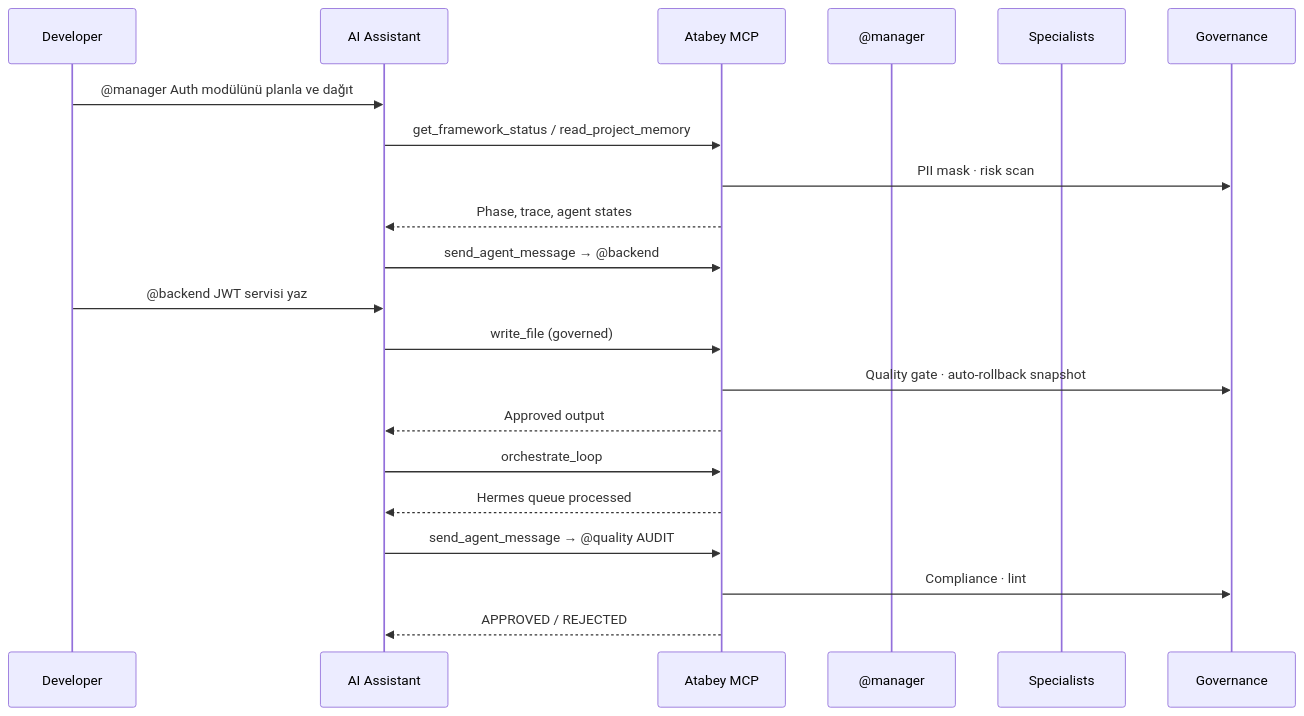
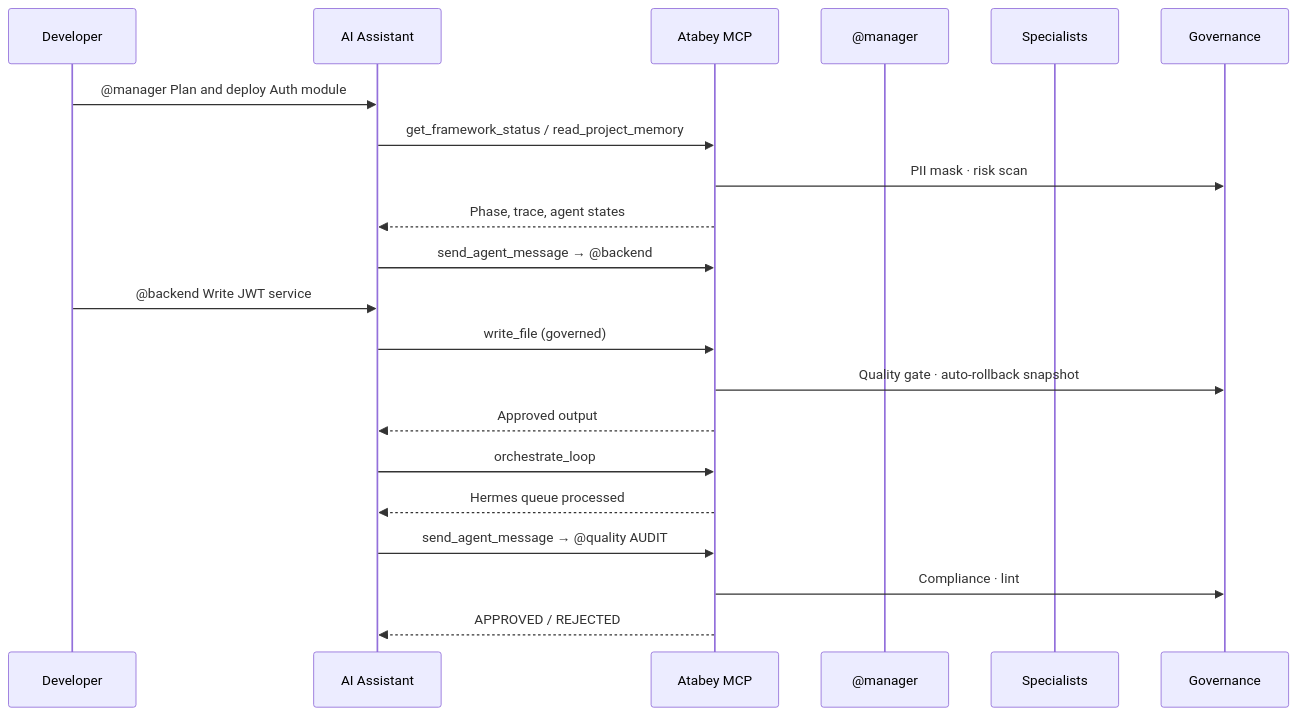
One commit to ysf-bkr/atabey changed the diagram in README.md. Above: the diagram before and after it, drawn with Mermaid. The commit also changed other lines of this file and 4 other files, not shown here.

````diff
--- a/README.md
+++ b/README.md
@@ -150,27 +150,27 @@
 ```mermaid
 sequenceDiagram
     participant U as Developer
     participant AI as AI Assistant
     participant MCP as Atabey MCP
     participant M as @manager
     participant S as Specialists
     participant G as Governance
 
-    U->>AI: @manager Auth modülünü planla ve dağıt
+    U->>AI: @manager Plan and deploy Auth module
     AI->>MCP: get_framework_status / read_project_memory
     MCP->>G: PII mask · risk scan
     MCP-->>AI: Phase, trace, agent states
-
+ 
     AI->>MCP: send_agent_message → @backend
-    U->>AI: @backend JWT servisi yaz
+    U->>AI: @backend Write JWT service
     AI->>MCP: write_file (governed)
     MCP->>G: Quality gate · auto-rollback snapshot
     MCP-->>AI: Approved output
 
     AI->>MCP: orchestrate_loop
     MCP-->>AI: Hermes queue processed
 
     AI->>MCP: send_agent_message → @quality AUDIT
     MCP->>G: Compliance · lint
     MCP-->>AI: APPROVED / REJECTED
 ```
````
